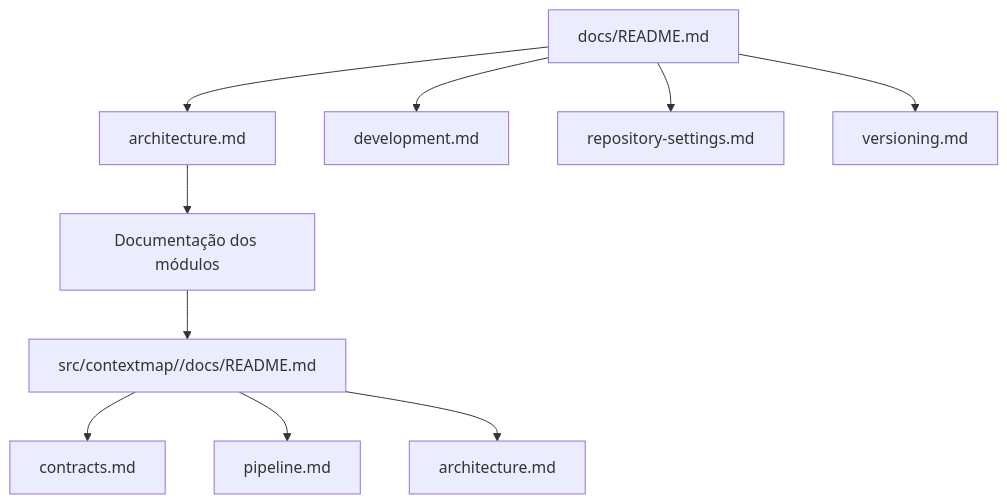
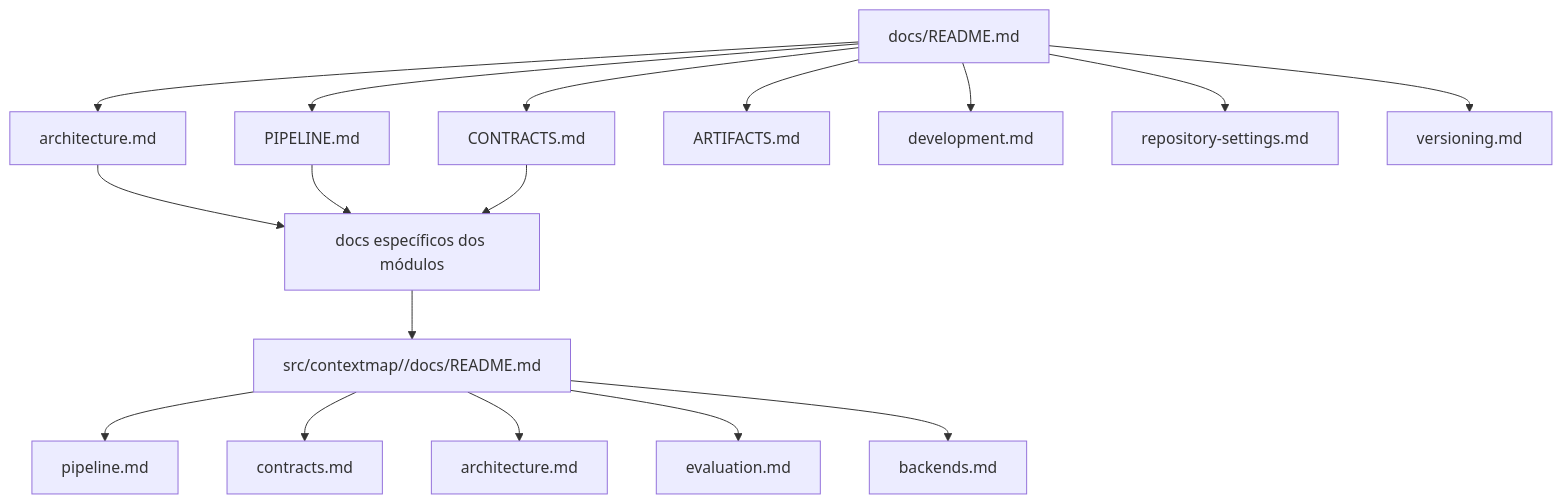
The second of 2 diagrams in docs/README.md (Alexandre-Tortoza/contextmap2), drawn with Mermaid before and after one commit. The commit also changed other lines of this file, not shown here.

````diff
--- a/docs/README.md
+++ b/docs/README.md
@@ -7,13 +45,23 @@
 ```mermaid
 flowchart TD
-    D[docs/README.md] --> A[architecture.md]
-    D --> DEV[development.md]
-    D --> R[repository-settings.md]
-    D --> V[versioning.md]
+    R[docs/README.md]
 
-    A --> M[Documentação dos módulos]
-    M --> MD[src/contextmap/<module>/docs/README.md]
-    MD --> C[contracts.md]
-    MD --> P[pipeline.md]
-    MD --> MA[architecture.md]
+    R --> P[PIPELINE.md]
+    R --> A[architecture.md]
+    R --> C[CONTRACTS.md]
+    R --> AR[ARTIFACTS.md]
+    R --> D[development.md]
+    R --> RS[repository-settings.md]
+    R --> V[versioning.md]
+
+    A --> M[docs específicos dos módulos]
+    P --> M
+    C --> M
+
+    M --> MR[src/contextmap/<module>/docs/README.md]
+    MR --> MP[pipeline.md]
+    MR --> MC[contracts.md]
+    MR --> MA[architecture.md]
+    MR --> ME[evaluation.md]
+    MR --> MB[backends.md]
 ```
````
